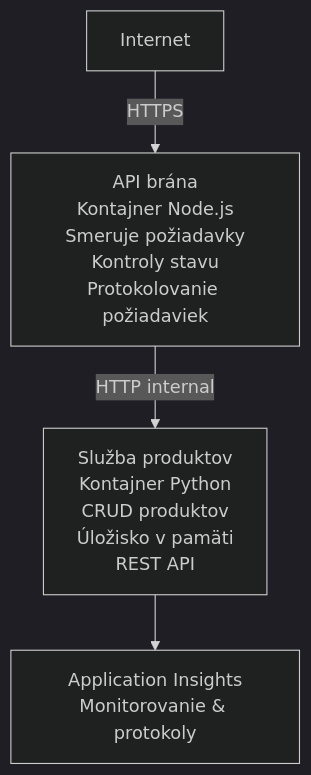
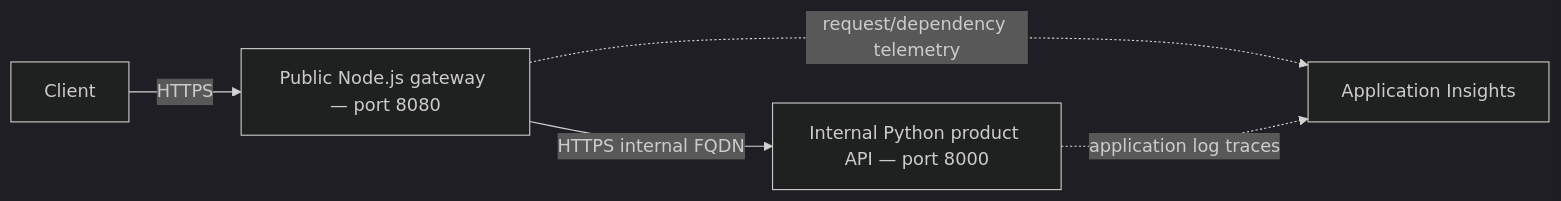
One commit to microsoft/AZD-for-beginners changed the diagram in translations/sk/examples/container-app/microservices/README.md. Above: the diagram before and after it, drawn with Mermaid (dark theme). The commit also changed other lines of this file and 164 other files, not shown here.

````diff
--- a/translations/sk/examples/container-app/microservices/README.md
+++ b/translations/sk/examples/container-app/microservices/README.md
@@ -23,6 +16,7 @@
 ```mermaid
-graph TD
-    Internet[Internet] -- HTTPS --> Gateway[API brána<br/>Kontajner Node.js<br/>Smeruje požiadavky<br/>Kontroly stavu<br/>Protokolovanie požiadaviek]
-    Gateway -- HTTP internal --> Product[Služba produktov<br/>Kontajner Python<br/>CRUD produktov<br/>Úložisko v pamäti<br/>REST API]
-    Product --> Insights[Application Insights<br/>Monitorovanie & protokoly]
+flowchart LR
+    Client -->|HTTPS| Gateway[Public Node.js gateway — port 8080]
+    Gateway -->|HTTPS internal FQDN| Product[Internal Python product API — port 8000]
+    Gateway -. request/dependency telemetry .-> Insights[Application Insights]
+    Product -. application log traces .-> Insights
 ```
````
